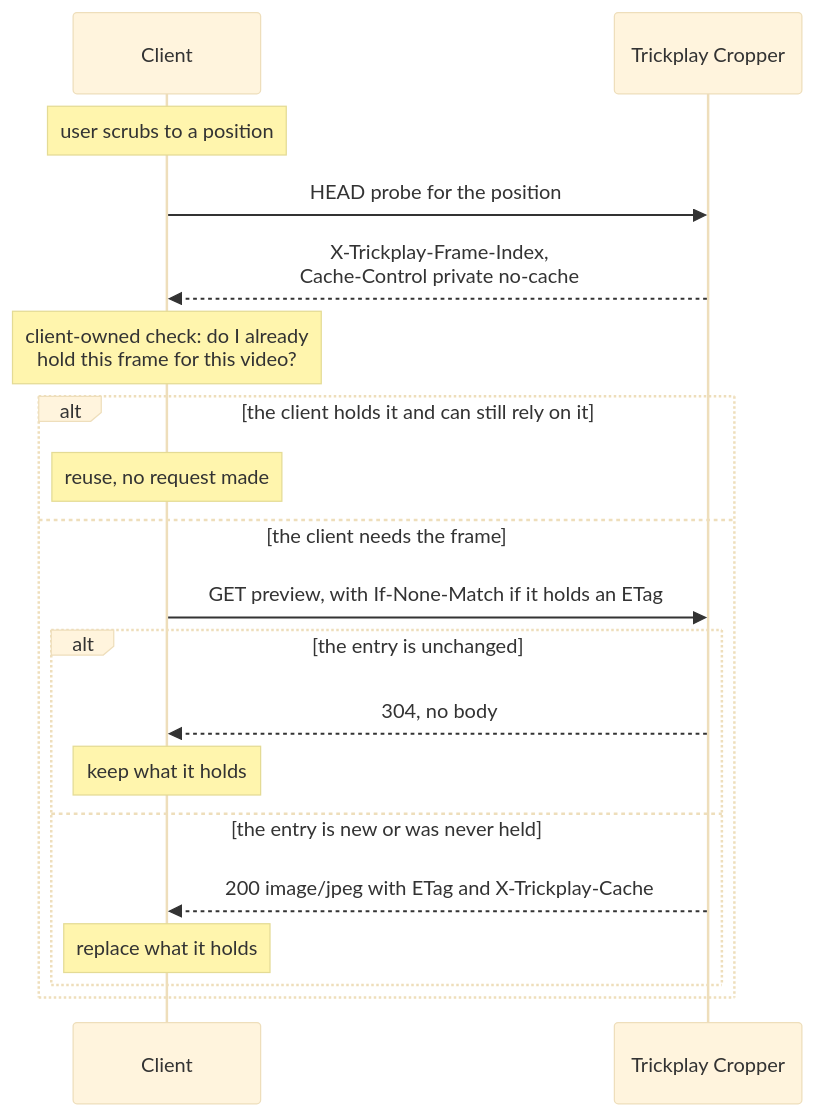
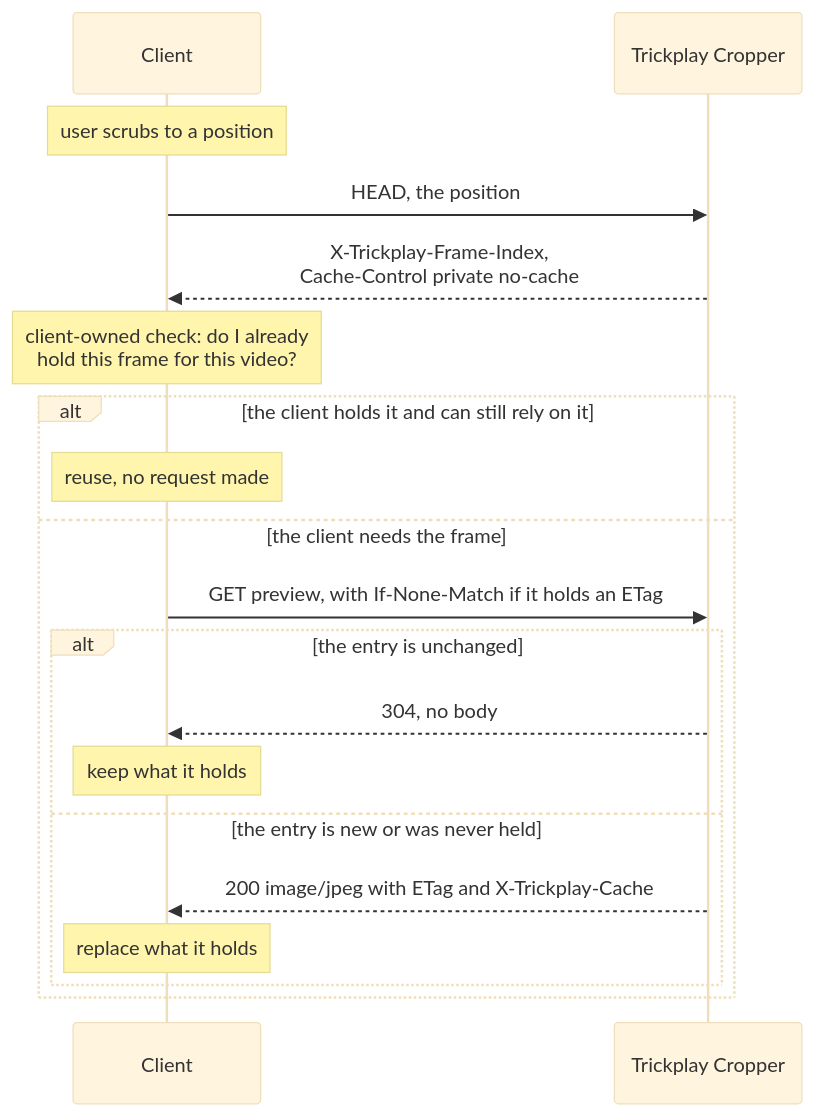
Before and after one commit to xiakeng/trickplay-cropper: the diagram in docs/business/participants/client.md, drawn with Mermaid (base theme). The commit also changed 10 other files, not shown here.

````diff
--- a/docs/business/participants/client.md
+++ b/docs/business/participants/client.md
@@ -41,24 +41,24 @@
 ```mermaid
 sequenceDiagram
     participant C as Client
     participant P as Trickplay Cropper
 
     Note over C: user scrubs to a position
-    C->>P: HEAD probe for the position
+    C->>P: HEAD, the position
     P-->>C: X-Trickplay-Frame-Index,<br/>Cache-Control private no-cache
 
     Note over C: client-owned check: do I already<br/>hold this frame for this video?
 
     alt the client holds it and can still rely on it
         Note over C: reuse, no request made
     else the client needs the frame
         C->>P: GET preview, with If-None-Match if it holds an ETag
         alt the entry is unchanged
             P-->>C: 304, no body
             Note over C: keep what it holds
         else the entry is new or was never held
             P-->>C: 200 image/jpeg with ETag and X-Trickplay-Cache
             Note over C: replace what it holds
         end
     end
 ```
````
